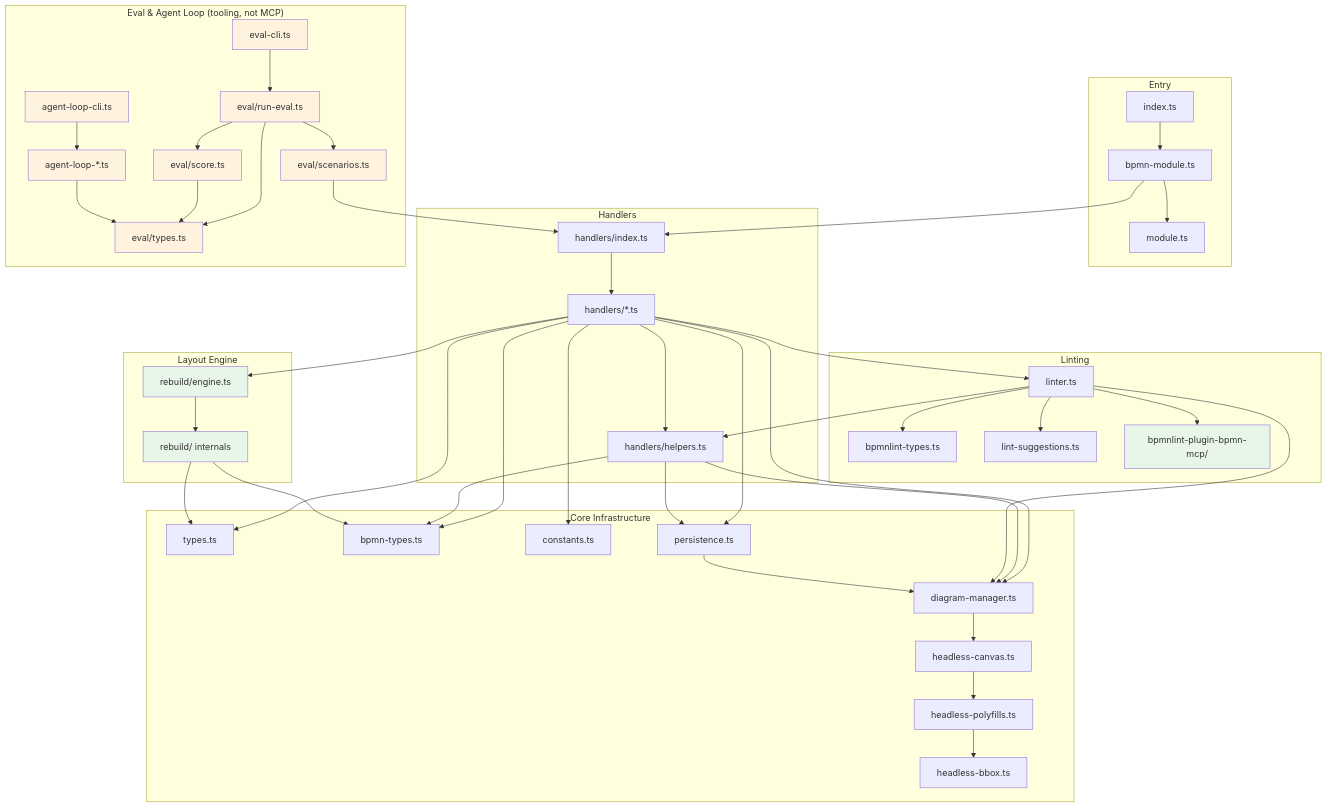
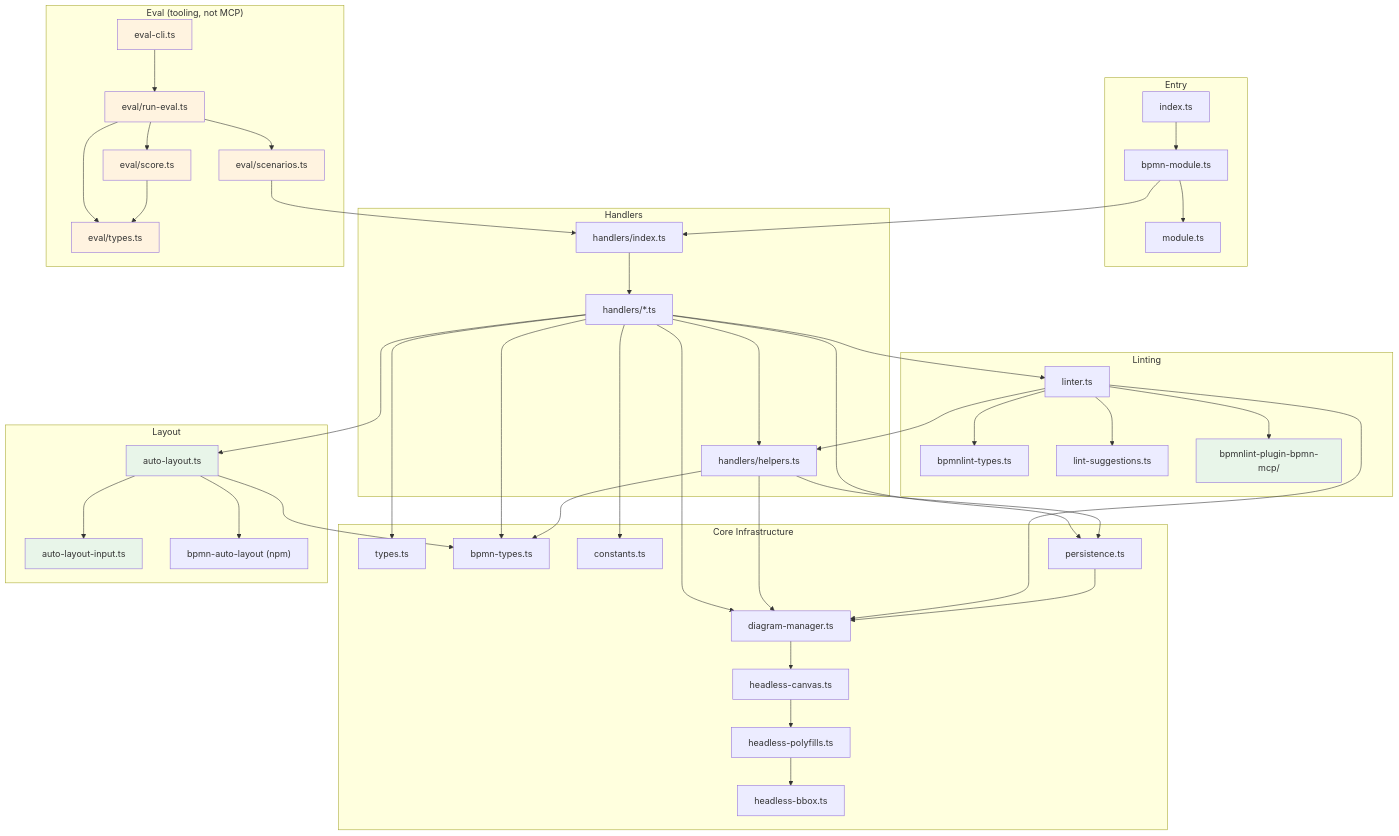
The diagram in docs/architecture.md (datakurre/bpmn-js-mcp), drawn with Mermaid before and after one commit. The commit also changed other lines of this file and 57 other files, not shown here.

````diff
--- a/docs/architecture.md
+++ b/docs/architecture.md
@@ -38,19 +38,18 @@
         helpers["handlers/helpers.ts"]
     end
 
-    subgraph "Layout Engine"
-        rebuild["rebuild/engine.ts"]
-        rebuildcore["rebuild/ internals"]
+    subgraph "Layout"
+        autolayout["auto-layout.ts"]
+        autolayoutinput["auto-layout-input.ts"]
+        lib["bpmn-auto-layout (npm)"]
     end
 
-    subgraph "Eval & Agent Loop (tooling, not MCP)"
+    subgraph "Eval (tooling, not MCP)"
         evalcli["eval-cli.ts"]
-        agentcli["agent-loop-cli.ts"]
         evaltypes["eval/types.ts"]
         scenarios["eval/scenarios.ts"]
         score["eval/score.ts"]
         runeval["eval/run-eval.ts"]
-        agentloop["agent-loop-*.ts"]
     end
 
     index --> bpmnmod
@@ -65,7 +64,7 @@
     handlers --> linter
     handlers --> dm
     handlers --> persist
-    handlers --> rebuild
+    handlers --> autolayout
 
     helpers --> dm
     helpers --> persist
@@ -83,27 +82,23 @@
 
     persist --> dm
 
-    rebuild --> rebuildcore
-    rebuildcore --> types
-    rebuildcore --> bpmntypes
+    autolayout --> autolayoutinput
+    autolayout --> lib
+    autolayout --> bpmntypes
 
     evalcli --> runeval
-    agentcli --> agentloop
     runeval --> scenarios
     runeval --> score
     runeval --> evaltypes
     scenarios --> hindex
     score --> evaltypes
-    agentloop --> evaltypes
 
     style lintplugin fill:#e8f5e9
-    style rebuildcore fill:#e8f5e9
-    style rebuild fill:#e8f5e9
+    style autolayout fill:#e8f5e9
+    style autolayoutinput fill:#e8f5e9
     style evalcli fill:#fff3e0
-    style agentcli fill:#fff3e0
     style evaltypes fill:#fff3e0
     style scenarios fill:#fff3e0
     style score fill:#fff3e0
     style runeval fill:#fff3e0
-    style agentloop fill:#fff3e0
 ```
````
